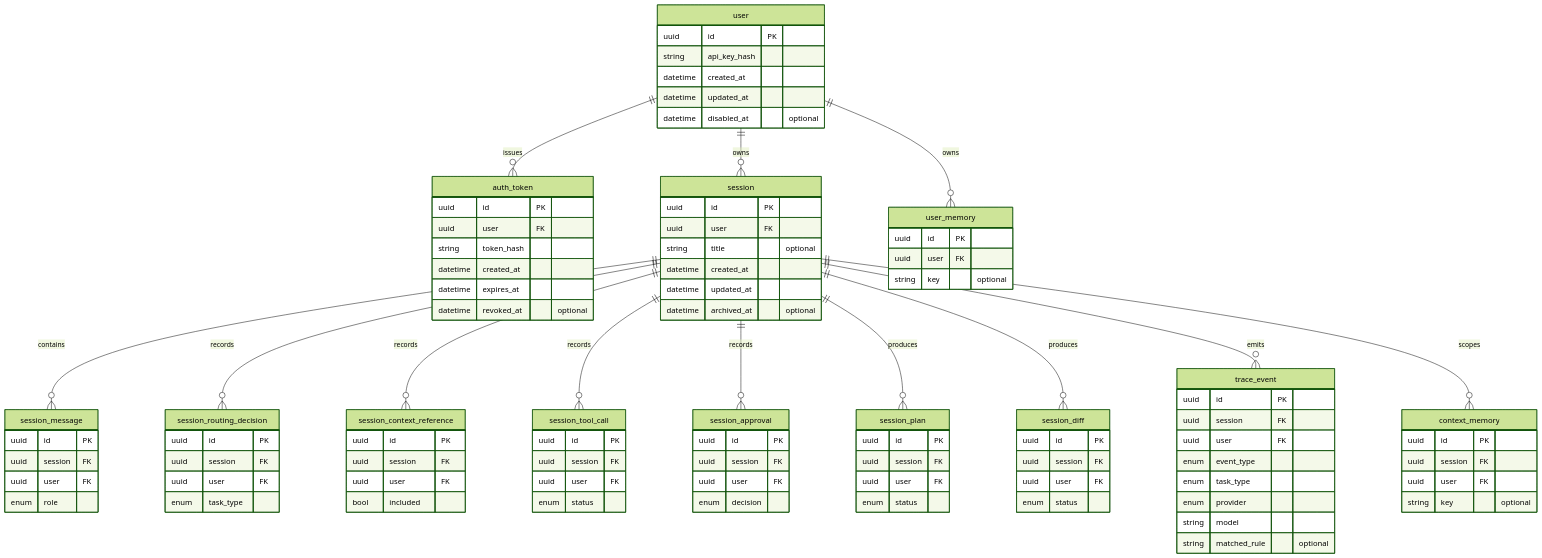
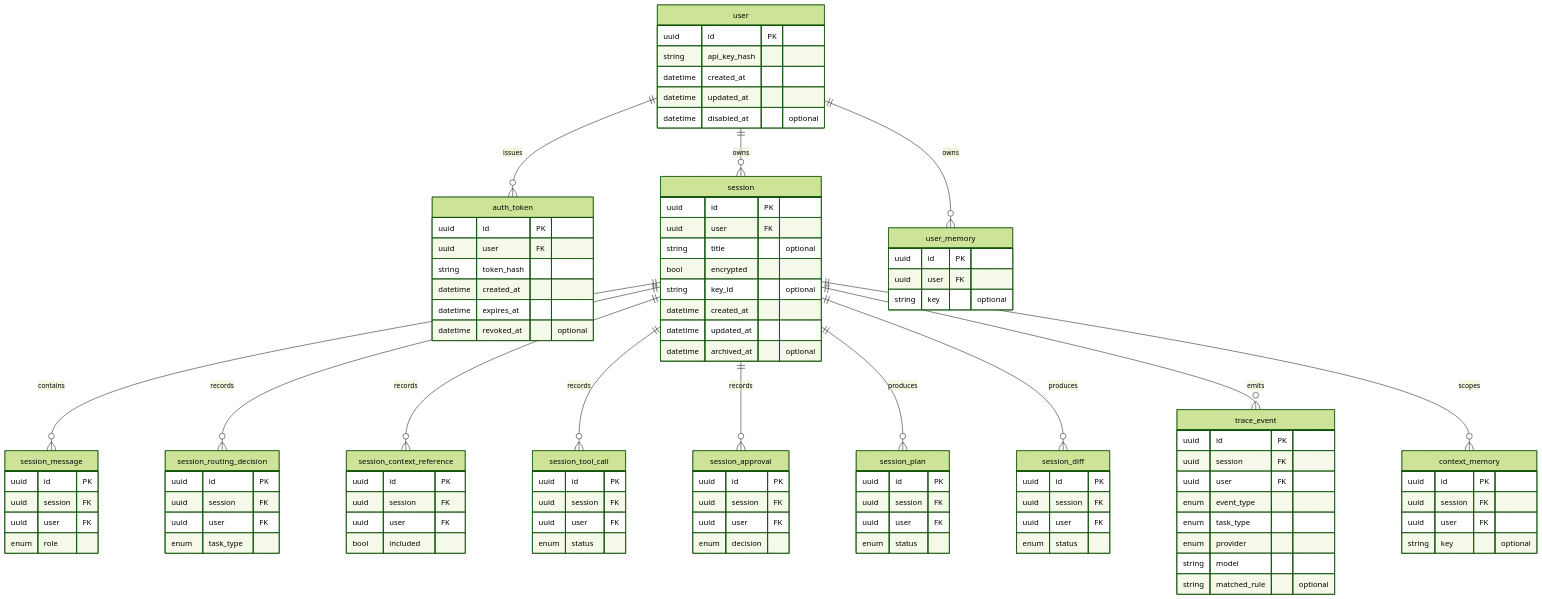
The first of 2 diagrams in docs/technical/schema.md (smista-ai/smista.ai), drawn with Mermaid (forest theme) before and after one commit. The commit also changed other lines of this file and 21 other files, not shown here.

```diff
--- a/docs/technical/schema.md
+++ b/docs/technical/schema.md
@@ -85,6 +86,8 @@
         uuid id PK
         uuid user FK
         string title "optional"
+        bool encrypted
+        string key_id "optional"
         datetime created_at
         datetime updated_at
         datetime archived_at "optional"
```
